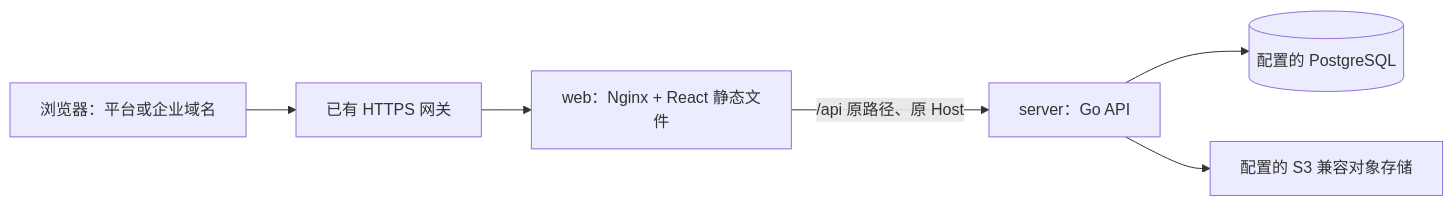
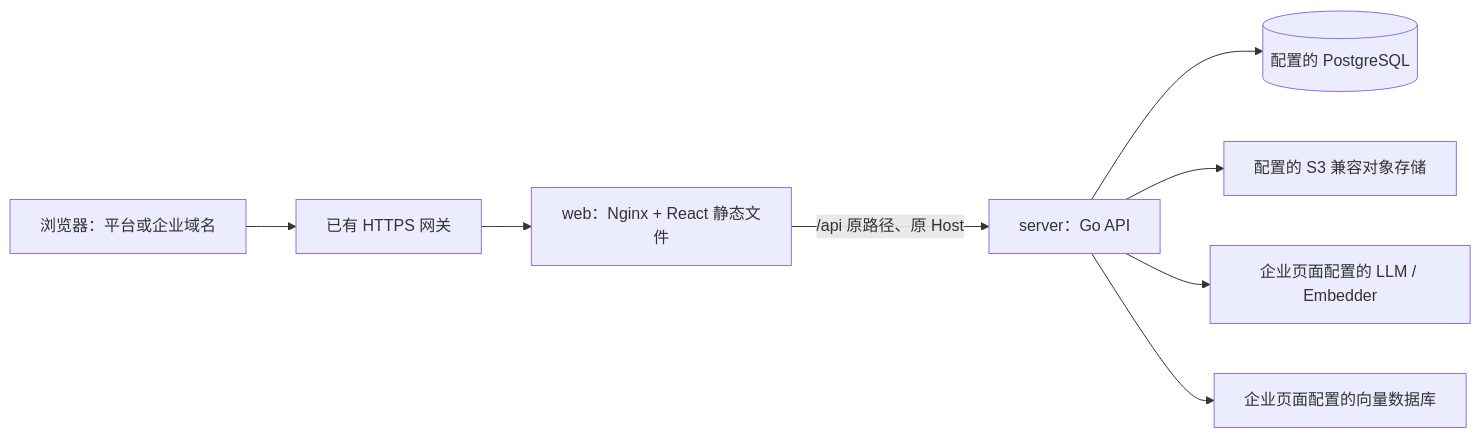
Before and after one commit to xlj-hly/knowledge-agent: the diagram in deploy/README.md, drawn with Mermaid. The commit also changed other lines of this file and 332 other files, not shown here.

````diff
--- a/deploy/README.md
+++ b/deploy/README.md
@@ -5,8 +5,10 @@
 ```mermaid
 flowchart LR
     U["浏览器：平台或企业域名"] --> G["已有 HTTPS 网关"]
     G --> W["web：Nginx + React 静态文件"]
     W -->|"/api 原路径、原 Host"| S["server：Go API"]
     S --> P[("配置的 PostgreSQL")]
     S --> O["配置的 S3 兼容对象存储"]
+    S --> M["企业页面配置的 LLM / Embedder"]
+    S --> V["企业页面配置的向量数据库"]
 ```
````
